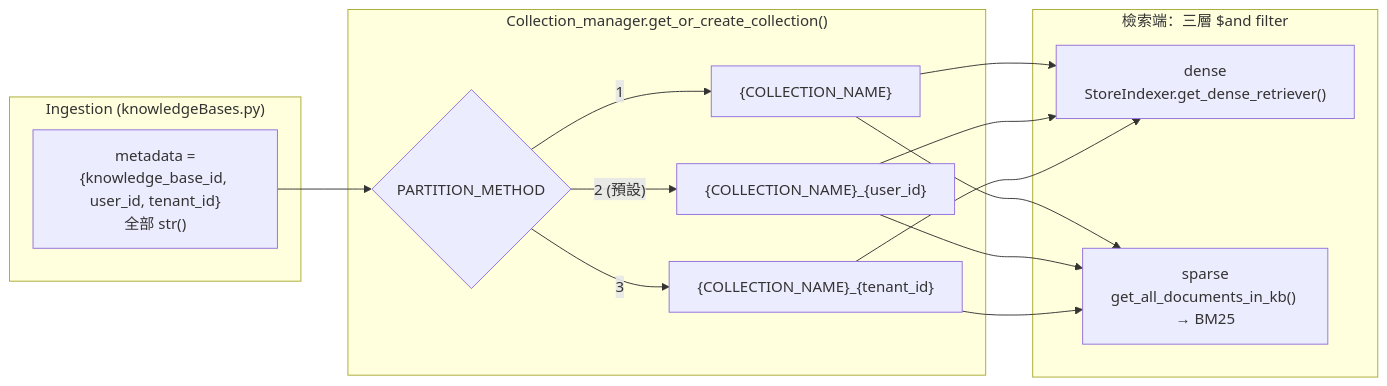
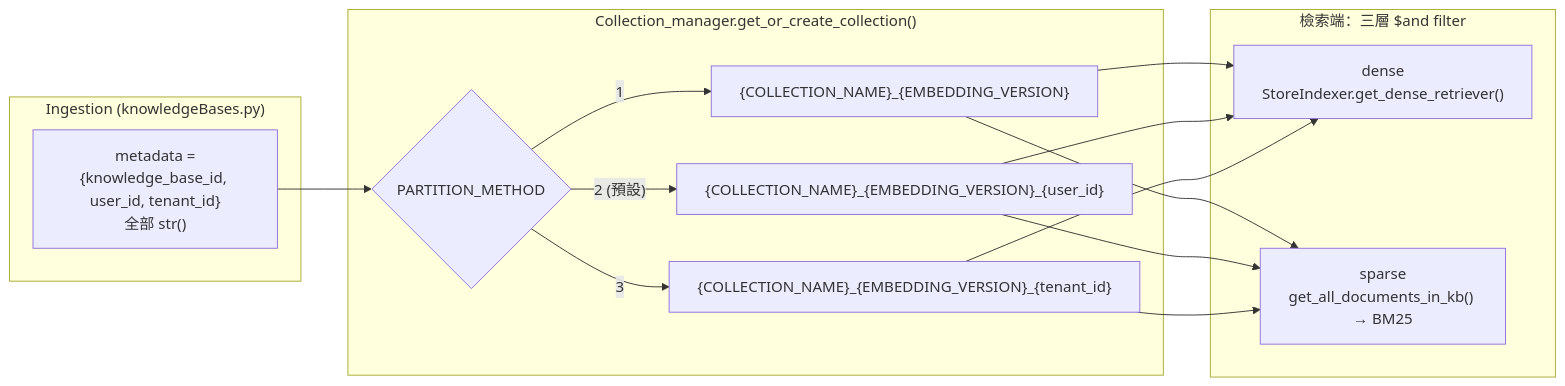
Before and after one commit to jltz1207/LoginFastapi: the third of 5 diagrams in docs/vectorstore/vectorstore-collection-partitioning-20261009.md, drawn with Mermaid. The commit also changed other lines of this file and 7 other files, not shown here.

First line of the commit message:
refactor vector store: add embedding version to collection names (Phase 5)

````diff
--- a/docs/vectorstore/vectorstore-collection-partitioning-20261009.md
+++ b/docs/vectorstore/vectorstore-collection-partitioning-20261009.md
@@ -68,18 +67,18 @@
 ```mermaid
 flowchart LR
     subgraph Ingestion["Ingestion (knowledgeBases.py)"]
         M["metadata =<br/>{knowledge_base_id, user_id, tenant_id}<br/>全部 str()"]
     end
     subgraph Collection["Collection_manager.get_or_create_collection()"]
         S{"PARTITION_METHOD"}
-        S -->|1| G["{COLLECTION_NAME}"]
-        S -->|"2 (預設)"| PU["{COLLECTION_NAME}_{user_id}"]
-        S -->|3| PT["{COLLECTION_NAME}_{tenant_id}"]
+        S -->|1| G["{COLLECTION_NAME}_{EMBEDDING_VERSION}"]
+        S -->|"2 (預設)"| PU["{COLLECTION_NAME}_{EMBEDDING_VERSION}_{user_id}"]
+        S -->|3| PT["{COLLECTION_NAME}_{EMBEDDING_VERSION}_{tenant_id}"]
     end
     subgraph Query["檢索端：三層 $and filter"]
         D["dense<br/>StoreIndexer.get_dense_retriever()"]
         B["sparse<br/>get_all_documents_in_kb() → BM25"]
     end
     M --> S
     G & PU & PT --> D & B
 ```
````
